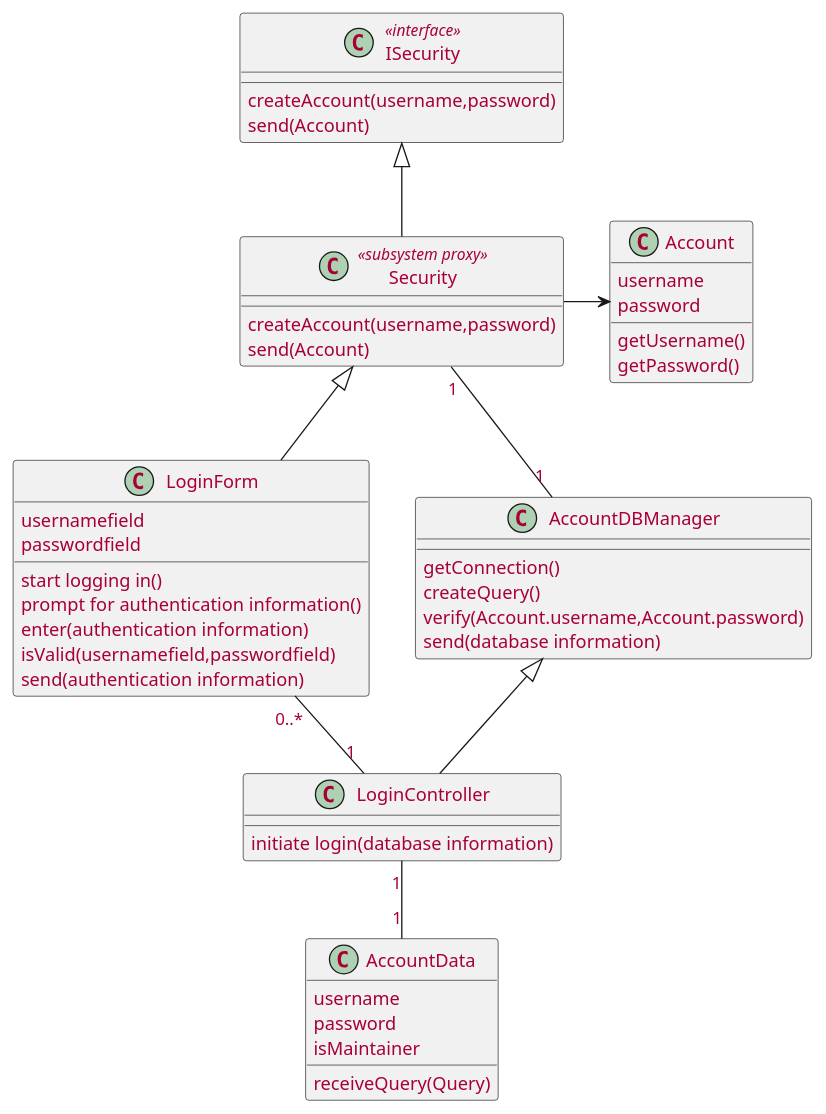
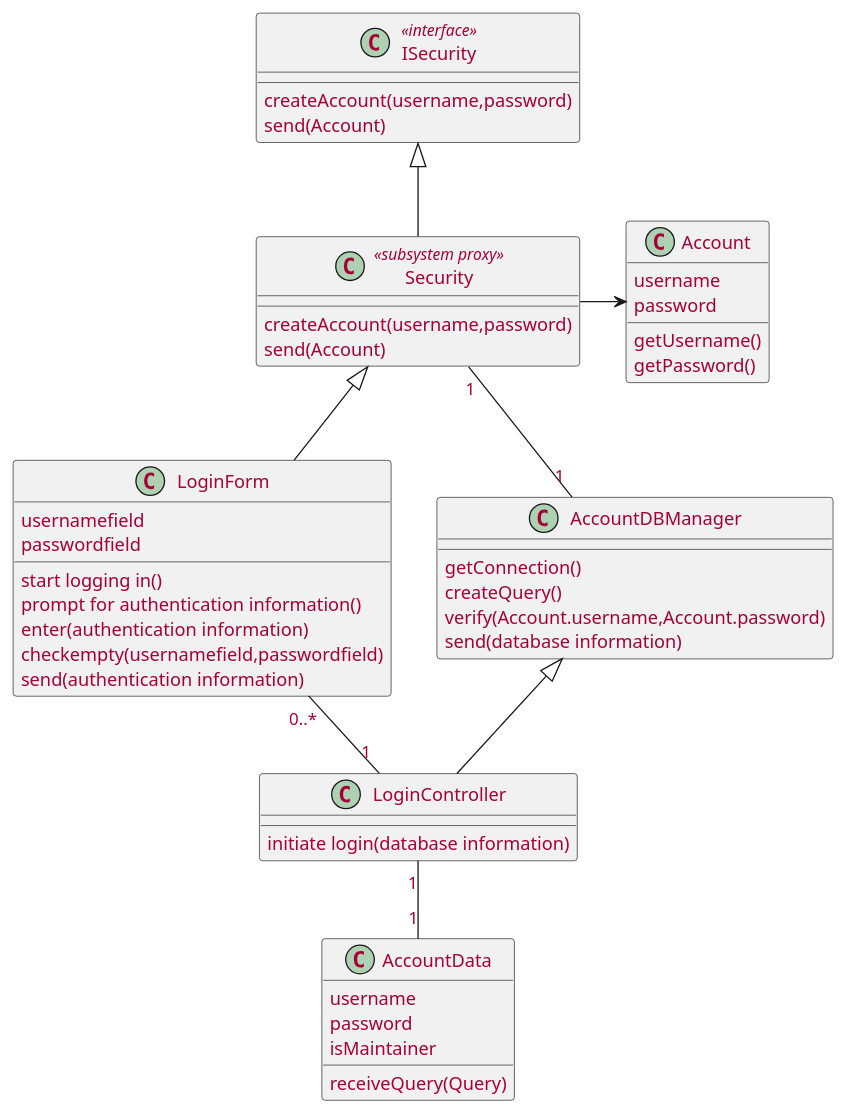
Before and after one commit to McSinyx/ipppi: the second of 6 diagrams in source/solution/use-case-design.rst, drawn with PlantUML. The commit also changed other lines of this file, not shown here.

```diff
--- a/source/solution/use-case-design.rst
+++ b/source/solution/use-case-design.rst
@@ -48,49 +48,49 @@
 .. uml::
 
    skinparam defaultFontColor #a80036
    
    class Account {
      username
      password
      getUsername()
      getPassword()
    }
 
    class LoginForm extends Security {
       usernamefield
       passwordfield
       start logging in()
       prompt for authentication information()
       enter(authentication information)
-      isValid(usernamefield,passwordfield)
+      checkempty(usernamefield,passwordfield)
       send(authentication information)
    }
    class ISecurity <<interface>> {
       createAccount(username,password)
       send(Account)  
    }
    class Security <<subsystem proxy>> extends ISecurity {
       createAccount(username,password)
       send(Account)
    }
    class AccountDBManager {
       getConnection()
       createQuery()
       verify(Account.username,Account.password)
       send(database information)
    }
    class LoginController extends AccountDBManager {
        initiate login(database information)
    }
    
    class AccountData {
        username
        password
        isMaintainer
        receiveQuery(Query)
    }
 
    LoginForm "0..*" -- "1" LoginController
    LoginController "1" -- "1" AccountData
    Security -> Account
    Security "1" -- "1" AccountDBManager
```
